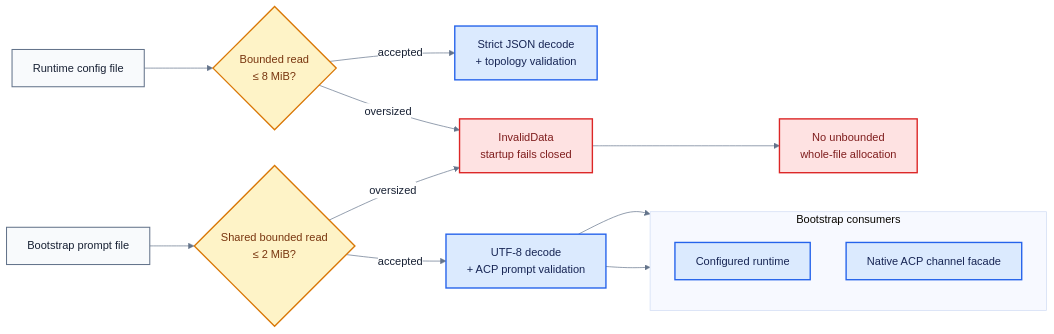
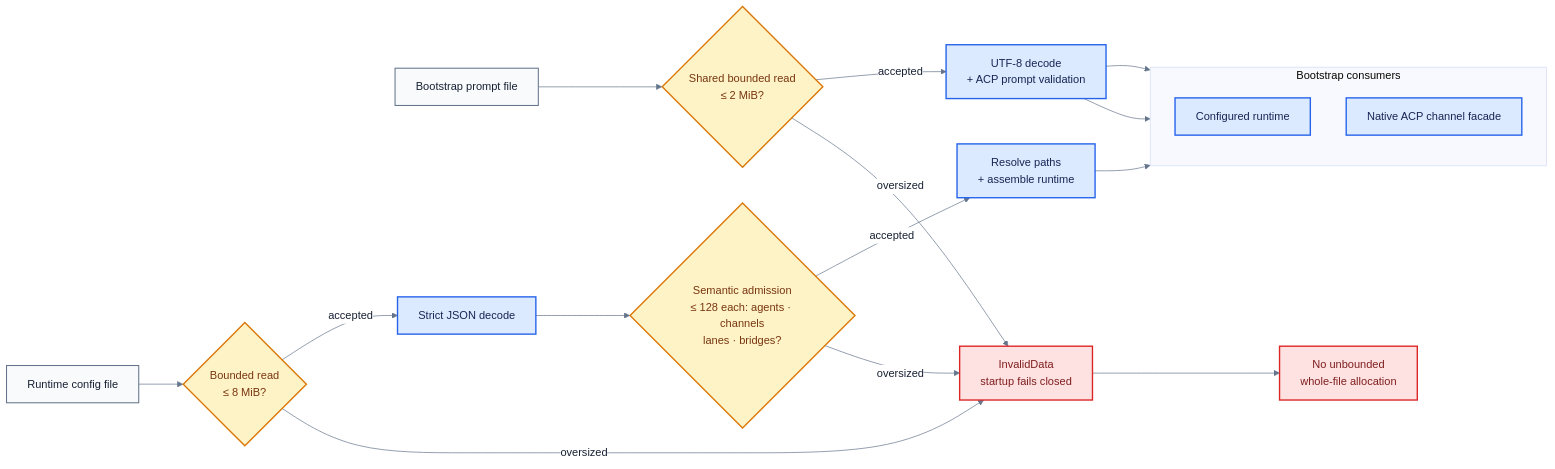
The diagram in v2/docs/startup-input-boundary.mmd (fontanierh/crab), drawn with Mermaid before and after one commit. The commit also changed 2 other files, not shown here.

Commit message:
docs(v2): map runtime topology admission (#379)

```diff
--- a/v2/docs/startup-input-boundary.mmd
+++ b/v2/docs/startup-input-boundary.mmd
@@ -1,39 +1,44 @@
 %%{init: {"theme": "base", "themeVariables": {"fontFamily": "ui-sans-serif, system-ui, sans-serif", "primaryTextColor": "#172033", "lineColor": "#64748b", "edgeLabelBackground": "#ffffff"}, "flowchart": {"curve": "basis", "nodeSpacing": 52, "rankSpacing": 64}}}%%
 flowchart LR
     CONFIG["Runtime config file"]
     BOOTSTRAP["Bootstrap prompt file"]
 
     CONFIG_LIMIT{"Bounded read<br/>≤ 8 MiB?"}
+    TOPOLOGY_LIMIT{"Semantic admission<br/>≤ 128 each: agents · channels<br/>lanes · bridges?"}
     BOOTSTRAP_LIMIT{"Shared bounded read<br/>≤ 2 MiB?"}
 
-    DECODE["Strict JSON decode<br/>+ topology validation"]
+    DECODE["Strict JSON decode"]
+    EXPAND["Resolve paths<br/>+ assemble runtime"]
     UTF8["UTF-8 decode<br/>+ ACP prompt validation"]
 
     subgraph CONSUMERS["Bootstrap consumers"]
         direction TB
         RUNTIME["Configured runtime"]
         FACADE["Native ACP channel facade"]
     end
 
     REJECT["InvalidData<br/>startup fails closed"]
     SAFE["No unbounded<br/>whole-file allocation"]
 
     CONFIG --> CONFIG_LIMIT
     BOOTSTRAP --> BOOTSTRAP_LIMIT
-    CONFIG_LIMIT -->|"accepted"| DECODE
+    CONFIG_LIMIT -->|"accepted"| DECODE --> TOPOLOGY_LIMIT
+    TOPOLOGY_LIMIT -->|"accepted"| EXPAND
+    EXPAND --> RUNTIME
     BOOTSTRAP_LIMIT -->|"accepted"| UTF8
     UTF8 --> RUNTIME
     UTF8 --> FACADE
     CONFIG_LIMIT -->|"oversized"| REJECT
+    TOPOLOGY_LIMIT -->|"oversized"| REJECT
     BOOTSTRAP_LIMIT -->|"oversized"| REJECT
     REJECT --> SAFE
 
     classDef source fill:#f8fafc,stroke:#64748b,stroke-width:1.5px,color:#172033;
     classDef boundary fill:#fef3c7,stroke:#d97706,stroke-width:2px,color:#78350f;
     classDef accepted fill:#dbeafe,stroke:#2563eb,stroke-width:2px,color:#172554;
     classDef failure fill:#fee2e2,stroke:#dc2626,stroke-width:2px,color:#7f1d1d;
 
     class CONFIG,BOOTSTRAP source;
-    class CONFIG_LIMIT,BOOTSTRAP_LIMIT boundary;
-    class DECODE,UTF8,RUNTIME,FACADE accepted;
+    class CONFIG_LIMIT,TOPOLOGY_LIMIT,BOOTSTRAP_LIMIT boundary;
+    class DECODE,EXPAND,UTF8,RUNTIME,FACADE accepted;
     class REJECT,SAFE failure;
```
